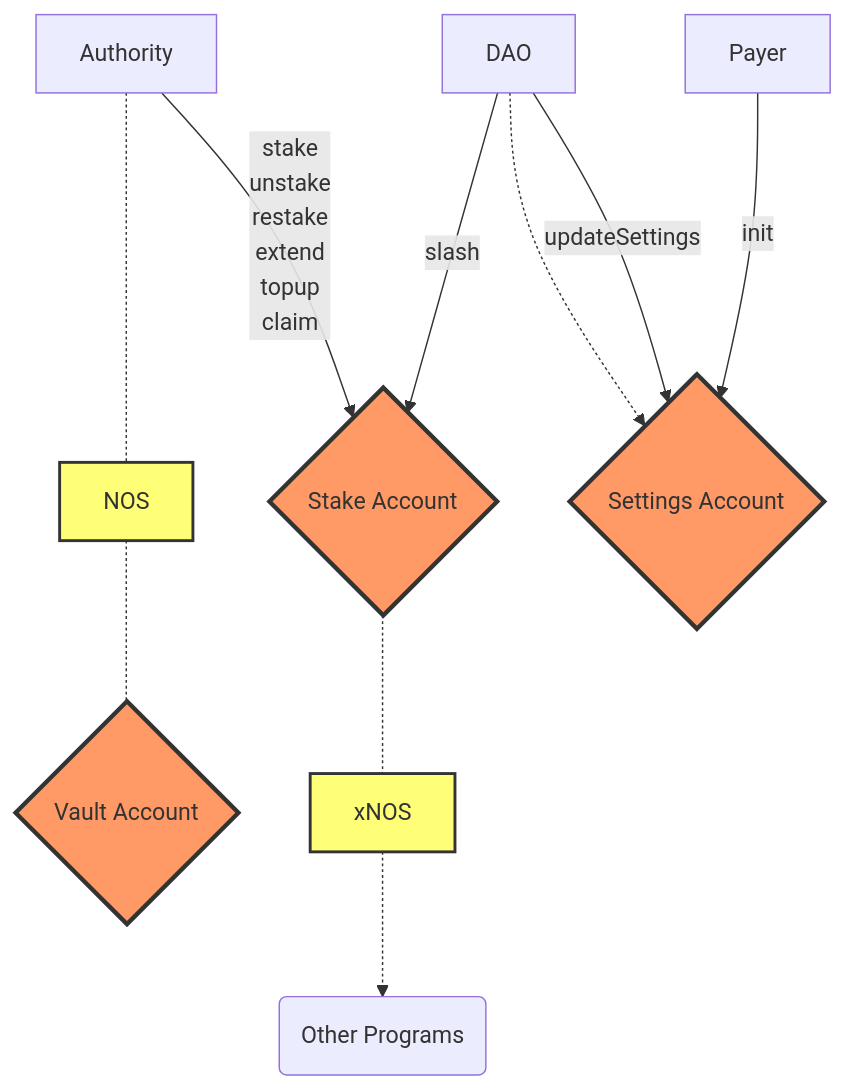
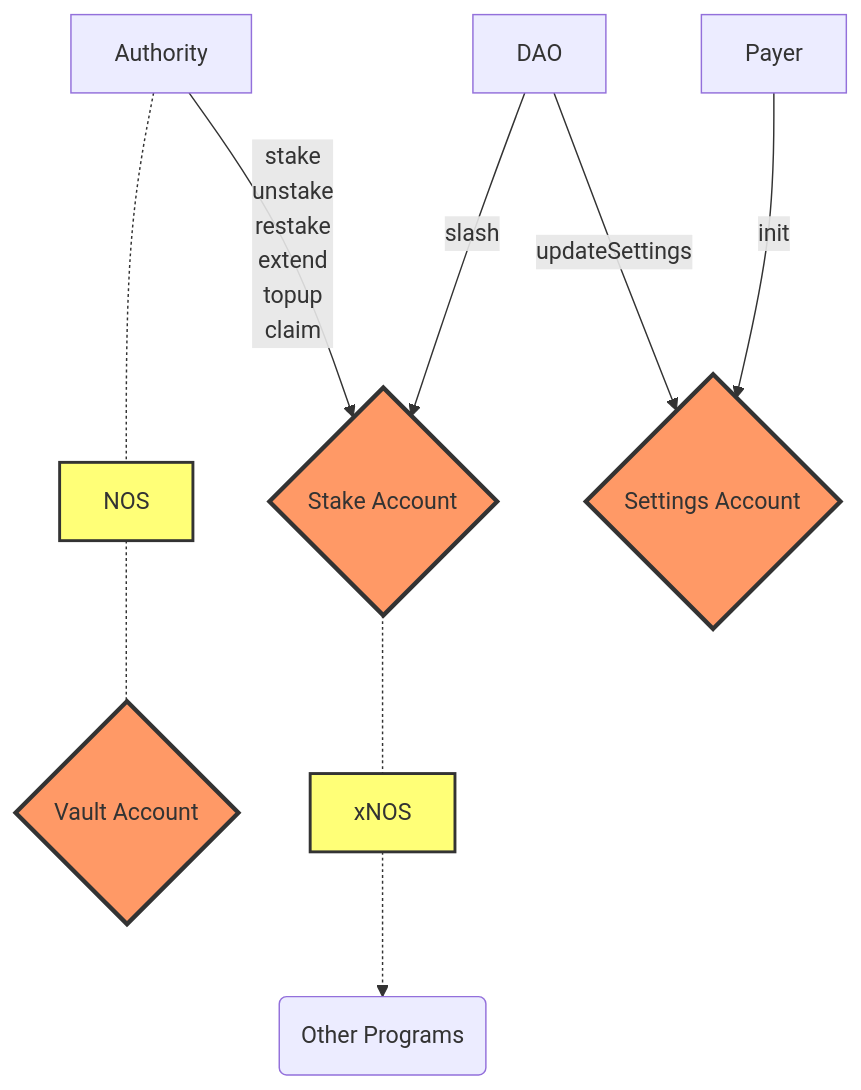
One commit to nosana-ci/docs.nosana.io changed the diagram in docs/programs/staking.md. Above: the diagram before and after it, drawn with Mermaid.

Commit message:
Remove unneeded line from graph

````diff
--- a/docs/programs/staking.md
+++ b/docs/programs/staking.md
@@ -26,19 +26,18 @@
 ```mermaid
 flowchart TB
     Authority -- stake<br>unstake<br>restake<br>extend<br>topup<br>claim --> di1{Stake Account}
     Authority -.- sq1[NOS] -.- di2{Vault Account}
 
     DAO -- slash --> di1{Stake Account}
-    DAO -.-> di3{Settings Account}
     DAO -- updateSettings --> di3{Settings Account}
 
     Payer -- init --> di3{Settings Account}
 
     di1{Stake Account} -.- sq3[xNOS] -.-> ci(Other Programs)
 
     classDef orange fill:#f96,stroke:#333,stroke-width:3px;
     classDef yellow fill:#ff7,stroke:#333,stroke-width:2px;
 
     class di1,di2,di3 orange
     class sq1,sq2,sq3 yellow
 ```
````
